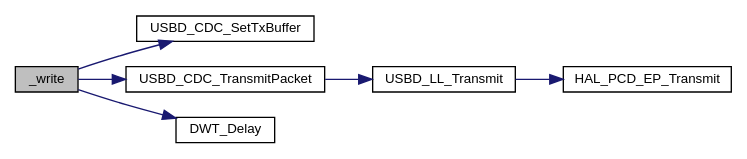
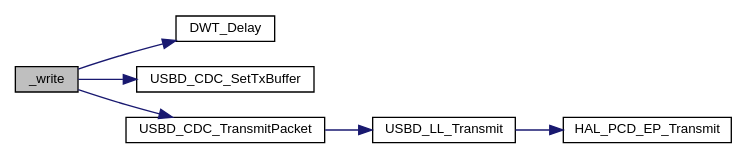
The diagram in bsp_8c_a92830f7410339c4be8b469045686e10b_cgraph.dot (RoboJackets/mtrain-firmware), drawn with Graphviz before and after one commit. The commit also changed 3456 other files, not shown here.

```diff
--- a/bsp_8c_a92830f7410339c4be8b469045686e10b_cgraph.dot
+++ b/bsp_8c_a92830f7410339c4be8b469045686e10b_cgraph.dot
@@ -1,17 +1,17 @@
 digraph "_write"
 {
   edge [fontname="Helvetica",fontsize="10",labelfontname="Helvetica",labelfontsize="10"];
   node [fontname="Helvetica",fontsize="10",shape=record];
   rankdir="LR";
   Node0 [label="_write",height=0.2,width=0.4,color="black", fillcolor="grey75", style="filled", fontcolor="black"];
   Node0 -> Node1 [color="midnightblue",fontsize="10",style="solid",fontname="Helvetica"];
-  Node1 [label="USBD_CDC_SetTxBuffer",height=0.2,width=0.4,color="black", fillcolor="white", style="filled",URL="$group___u_s_b___c_o_r_e___exported___functions.html#gaae40b75b0ccc21281f4aa1e2fbdc0d4f",tooltip="USBD_CDC_SetTxBuffer. "];
+  Node1 [label="DWT_Delay",height=0.2,width=0.4,color="black", fillcolor="white", style="filled",URL="$delay_8h.html#ac2a53b2530a71f3e19b29343d2566c14",tooltip="Delay routine itself. "];
   Node0 -> Node2 [color="midnightblue",fontsize="10",style="solid",fontname="Helvetica"];
-  Node2 [label="USBD_CDC_TransmitPacket",height=0.2,width=0.4,color="black", fillcolor="white", style="filled",URL="$group___u_s_b___c_o_r_e___exported___functions.html#gac6132b25e4ac00c4d918d3d73a3be5c7",tooltip="USBD_CDC_DataOut Data received on non-control Out endpoint. "];
-  Node2 -> Node3 [color="midnightblue",fontsize="10",style="solid",fontname="Helvetica"];
-  Node3 [label="USBD_LL_Transmit",height=0.2,width=0.4,color="black", fillcolor="white", style="filled",URL="$group___u_s_b_d___c_o_r_e___exported___functions_prototype.html#gab87eb9f3d4d9f8956d2c6b77230f265c",tooltip="Transmits data over an endpoint. "];
+  Node2 [label="USBD_CDC_SetTxBuffer",height=0.2,width=0.4,color="black", fillcolor="white", style="filled",URL="$group___u_s_b___c_o_r_e___exported___functions.html#gaae40b75b0ccc21281f4aa1e2fbdc0d4f",tooltip="USBD_CDC_SetTxBuffer. "];
+  Node0 -> Node3 [color="midnightblue",fontsize="10",style="solid",fontname="Helvetica"];
+  Node3 [label="USBD_CDC_TransmitPacket",height=0.2,width=0.4,color="black", fillcolor="white", style="filled",URL="$group___u_s_b___c_o_r_e___exported___functions.html#gac6132b25e4ac00c4d918d3d73a3be5c7",tooltip="USBD_CDC_DataOut Data received on non-control Out endpoint. "];
   Node3 -> Node4 [color="midnightblue",fontsize="10",style="solid",fontname="Helvetica"];
-  Node4 [label="HAL_PCD_EP_Transmit",height=0.2,width=0.4,color="black", fillcolor="white", style="filled",URL="$group___p_c_d___exported___functions___group3.html#ga116ada543442c8f7a1003c4d4c211618"];
-  Node0 -> Node5 [color="midnightblue",fontsize="10",style="solid",fontname="Helvetica"];
-  Node5 [label="DWT_Delay",height=0.2,width=0.4,color="black", fillcolor="white", style="filled",URL="$delay_8h.html#ac2a53b2530a71f3e19b29343d2566c14",tooltip="Delay routine itself. "];
+  Node4 [label="USBD_LL_Transmit",height=0.2,width=0.4,color="black", fillcolor="white", style="filled",URL="$group___u_s_b_d___c_o_r_e___exported___functions_prototype.html#gab87eb9f3d4d9f8956d2c6b77230f265c",tooltip="Transmits data over an endpoint. "];
+  Node4 -> Node5 [color="midnightblue",fontsize="10",style="solid",fontname="Helvetica"];
+  Node5 [label="HAL_PCD_EP_Transmit",height=0.2,width=0.4,color="black", fillcolor="white", style="filled",URL="$group___p_c_d___exported___functions___group3.html#ga116ada543442c8f7a1003c4d4c211618"];
 }
```
